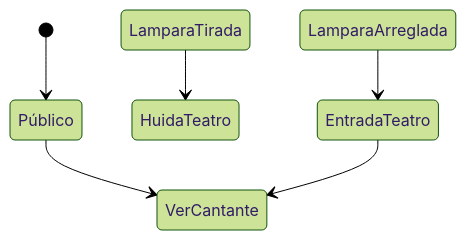
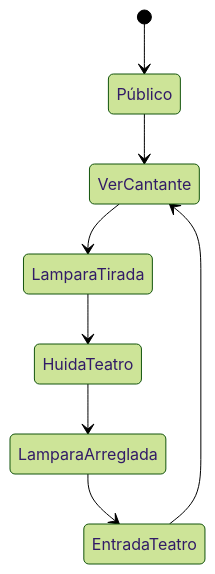
One commit to IAV23-G04/IAV23-G04-P3 changed the first of 3 diagrams in README.md. Above: the diagram before and after it, drawn with Mermaid (forest theme). The commit also changed other lines of this file, not shown here.

````diff
--- a/README.md
+++ b/README.md
@@ -196,10 +196,12 @@
 ```mermaid
 stateDiagram
 
     [*] --> Público
     Público --> VerCantante
+    VerCantante --> LamparaTirada
 
     LamparaTirada --> HuidaTeatro
+    HuidaTeatro --> LamparaArreglada
     LamparaArreglada --> EntradaTeatro
     EntradaTeatro --> VerCantante
 ```
````
